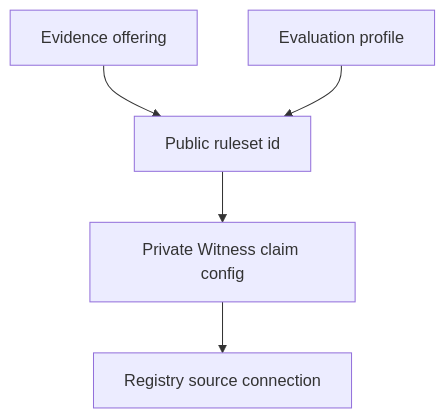
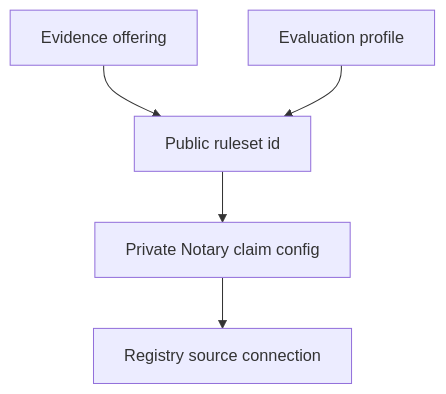
Before and after one commit to registrystack/registry-stack: the third of 5 diagrams in imports/registry-notary/docs/federated-evaluation-mvp-spec.md, drawn with Mermaid. The commit also changed other lines of this file and 161 other files, not shown here.

Commit message:
Rename Registry Witness to Registry Notary (#40)

````diff
--- a/imports/registry-notary/docs/federated-evaluation-mvp-spec.md
+++ b/imports/registry-notary/docs/federated-evaluation-mvp-spec.md
@@ -88,13 +88,13 @@
 ```mermaid
 flowchart TD
   Offering["Evidence offering"]
   Profile["Evaluation profile"]
   Ruleset["Public ruleset id"]
-  Runtime["Private Witness claim config"]
+  Runtime["Private Notary claim config"]
   Source["Registry source connection"]
 
   Offering --> Ruleset
   Profile --> Ruleset
   Ruleset --> Runtime
   Runtime --> Source
 ```
````
